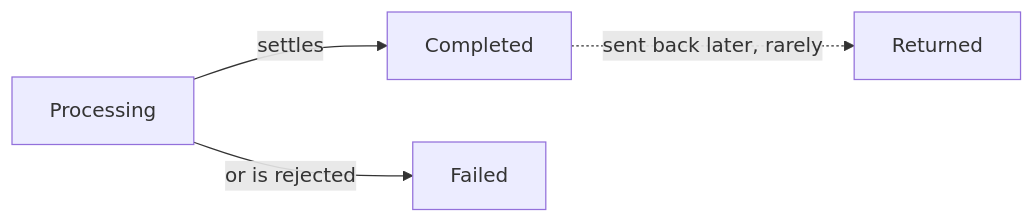
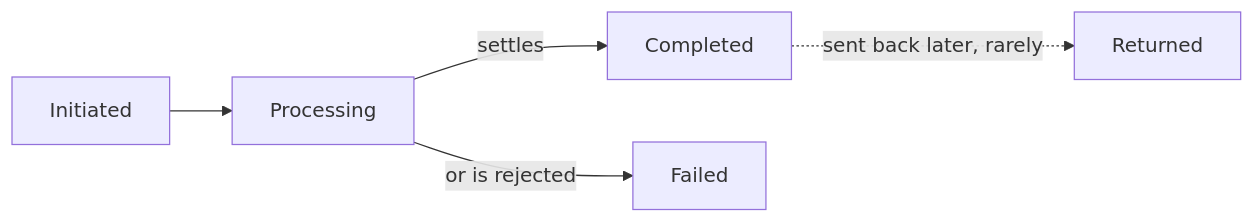
One commit to zbdpay/zbd-docs changed the second of 2 diagrams in embedded-payouts/how-payouts-work.mdx. Above: the diagram before and after it, drawn with Mermaid. The commit also changed other lines of this file and 33 other files, not shown here.

````diff
--- a/embedded-payouts/how-payouts-work.mdx
+++ b/embedded-payouts/how-payouts-work.mdx
@@ -67,6 +68,7 @@
 ```mermaid
 flowchart LR
-  A[Processing] -->|settles| B[Completed]
+  I[Initiated] --> A[Processing]
+  A -->|settles| B[Completed]
   A -->|or is rejected| C[Failed]
   B -.->|sent back later, rarely| D[Returned]
 ```
````
